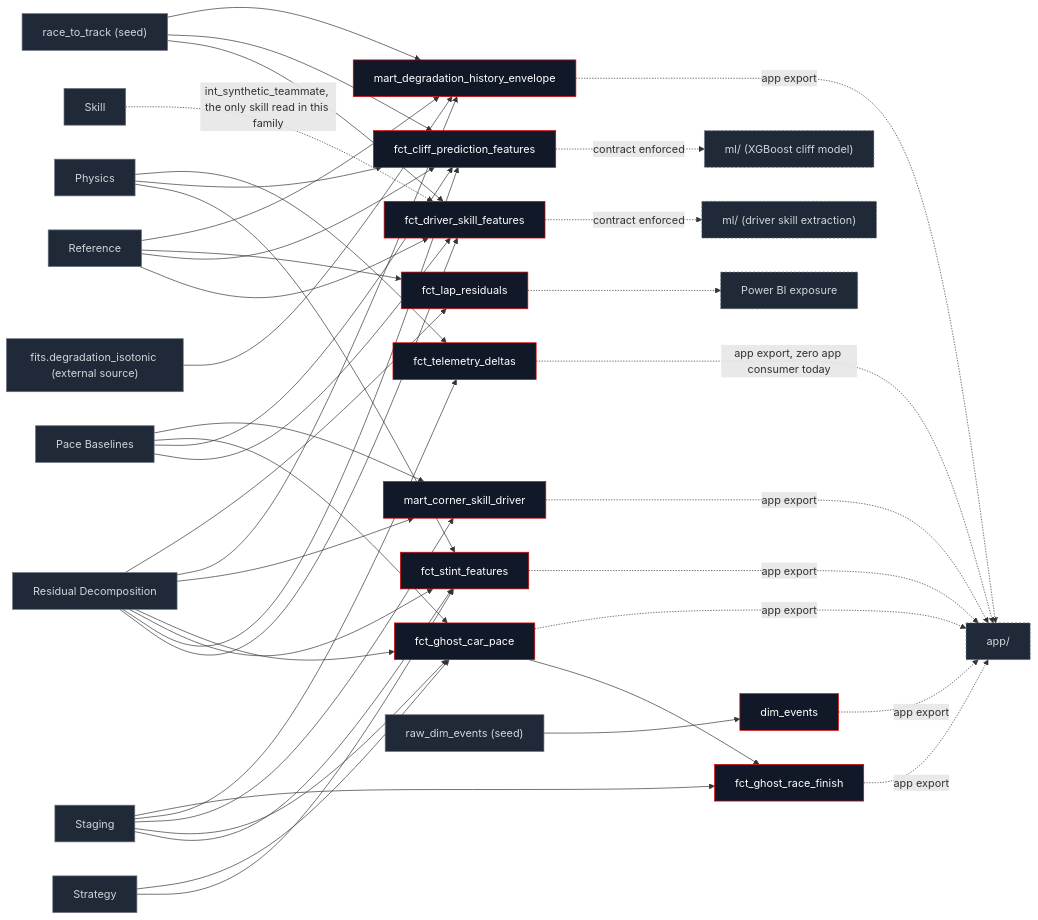
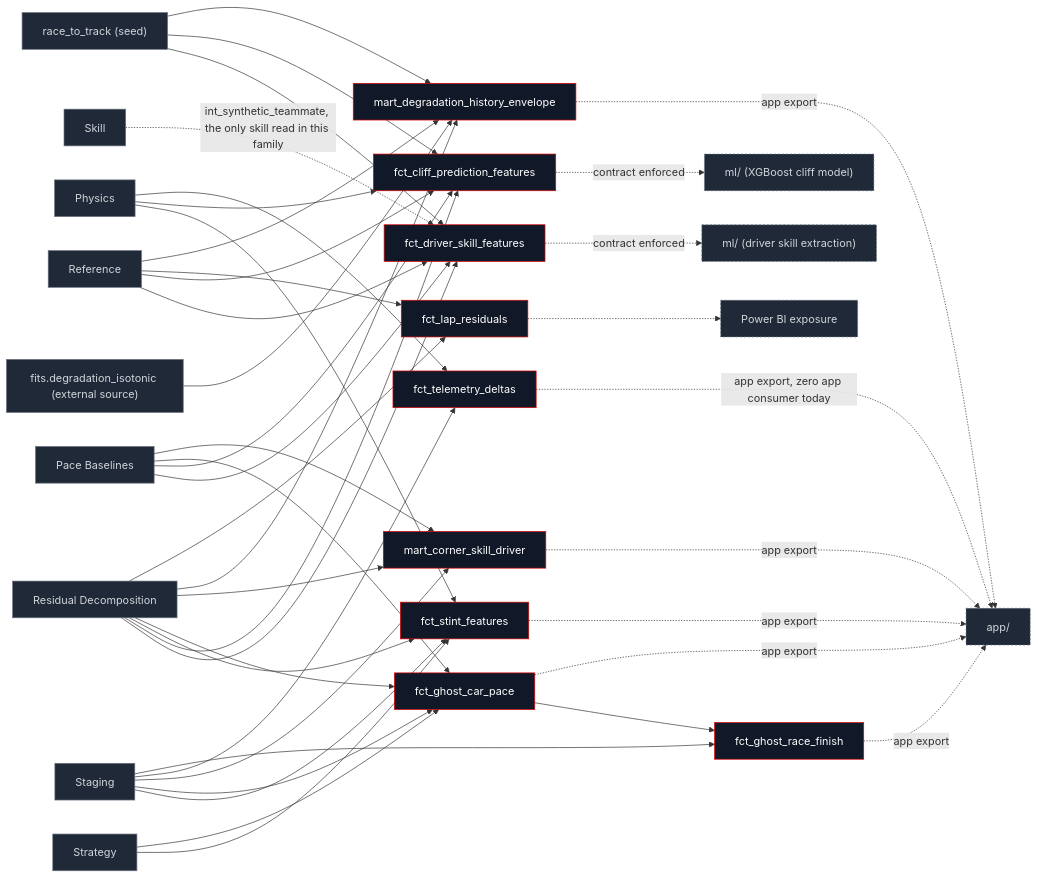
Before and after one commit to JustinClarke/off-the-pace: the diagram in docs/transform/families/marts.mdx, drawn with Mermaid. The commit also changed other lines of this file and 471 other files, not shown here.

````diff
--- a/docs/transform/families/marts.mdx
+++ b/docs/transform/families/marts.mdx
@@ -21,61 +19,59 @@
 ```mermaid
 flowchart LR
     Staging["Staging"] --> fct_stint_features
     Staging --> fct_ghost_car_pace
     Staging --> mart_corner_skill_driver
     Staging --> fct_telemetry_deltas
     Staging --> fct_ghost_race_finish
 
     Reference["Reference"] --> fct_driver_skill_features
     Reference --> fct_cliff_prediction_features
     Reference --> fct_lap_residuals
     Reference --> mart_degradation_history_envelope
 
     Physics["Physics"] --> fct_stint_features
     Physics --> fct_cliff_prediction_features
     Physics --> fct_telemetry_deltas
 
     PaceBaselines["Pace Baselines"] --> fct_driver_skill_features
     PaceBaselines --> fct_cliff_prediction_features
     PaceBaselines --> fct_ghost_car_pace
     PaceBaselines --> mart_corner_skill_driver
 
     Skill["Skill"] -.->|int_synthetic_teammate, the only skill read in this family| fct_driver_skill_features
 
     Residual["Residual Decomposition"] --> fct_driver_skill_features
     Residual --> fct_cliff_prediction_features
     Residual --> fct_stint_features
     Residual --> fct_ghost_car_pace
     Residual --> mart_corner_skill_driver
     Residual --> mart_degradation_history_envelope
     Residual --> fct_lap_residuals
 
     Strategy["Strategy"] --> fct_stint_features
     Strategy --> fct_ghost_car_pace
 
     race_to_track["race_to_track (seed)"] --> fct_driver_skill_features
     race_to_track --> fct_cliff_prediction_features
     race_to_track --> mart_degradation_history_envelope
-    raw_dim_events["raw_dim_events (seed)"] --> dim_events
     degradation_isotonic["fits.degradation_isotonic (external source)"] --> mart_degradation_history_envelope
 
     fct_ghost_car_pace --> fct_ghost_race_finish
 
     fct_cliff_prediction_features -.->|contract enforced| ML["ml/ (XGBoost cliff model)"]
     fct_driver_skill_features -.->|contract enforced| ML2["ml/ (driver skill extraction)"]
     fct_lap_residuals -.-> Dash["Power BI exposure"]
     fct_stint_features -.->|app export| App["app/"]
     fct_ghost_car_pace -.->|app export| App
     fct_ghost_race_finish -.->|app export| App
     mart_corner_skill_driver -.->|app export| App
     mart_degradation_history_envelope -.->|app export| App
-    dim_events -.->|app export| App
     fct_telemetry_deltas -.->|app export, zero app consumer today| App
 
     classDef mart fill:#111827,stroke:#e40404,color:#fff;
     classDef src fill:#1f2937,stroke:#6b7280,color:#d1d5db;
     classDef downstream fill:#1f2937,stroke:#6b7280,color:#d1d5db,stroke-dasharray: 3 3;
-    class fct_driver_skill_features,fct_cliff_prediction_features,fct_stint_features,fct_ghost_car_pace,fct_ghost_race_finish,mart_corner_skill_driver,mart_degradation_history_envelope,dim_events,fct_lap_residuals,fct_telemetry_deltas mart;
-    class Staging,Reference,Physics,PaceBaselines,Skill,Residual,Strategy,race_to_track,raw_dim_events,degradation_isotonic src;
+    class fct_driver_skill_features,fct_cliff_prediction_features,fct_stint_features,fct_ghost_car_pace,fct_ghost_race_finish,mart_corner_skill_driver,mart_degradation_history_envelope,fct_lap_residuals,fct_telemetry_deltas mart;
+    class Staging,Reference,Physics,PaceBaselines,Skill,Residual,Strategy,race_to_track,degradation_isotonic src;
     class ML,ML2,Dash,App downstream;
 ```
````
